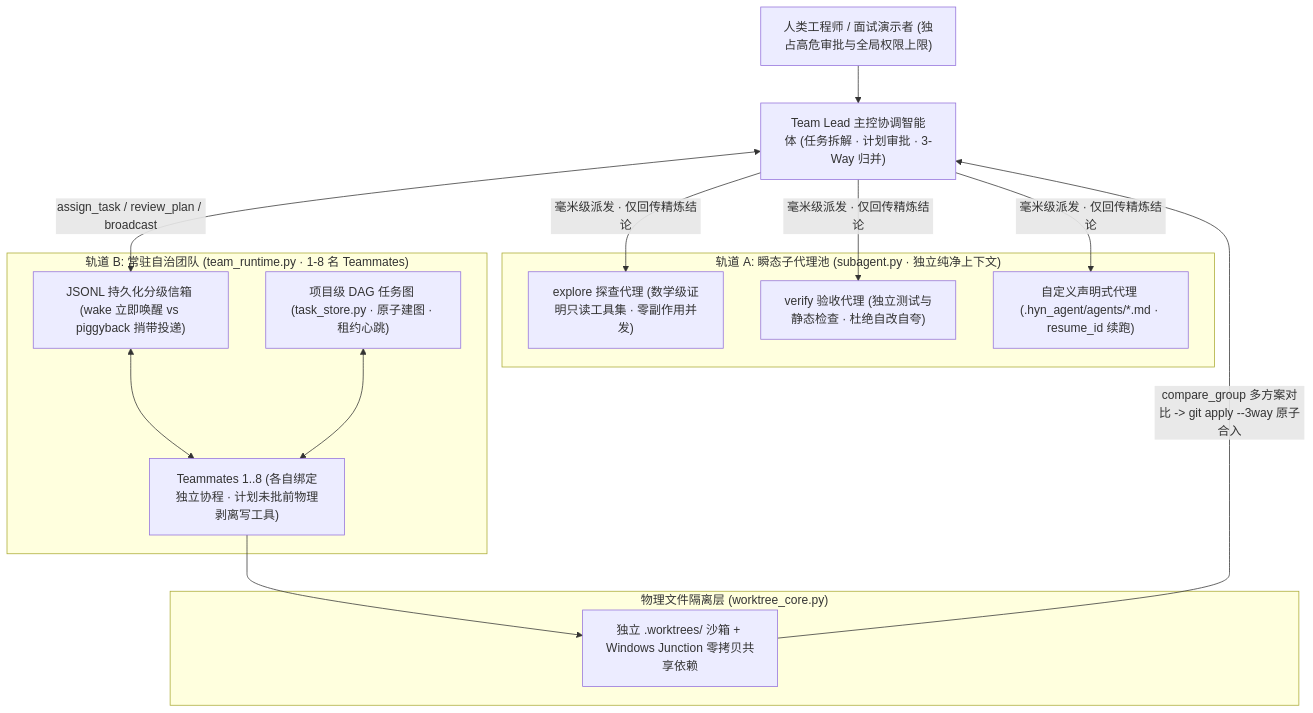
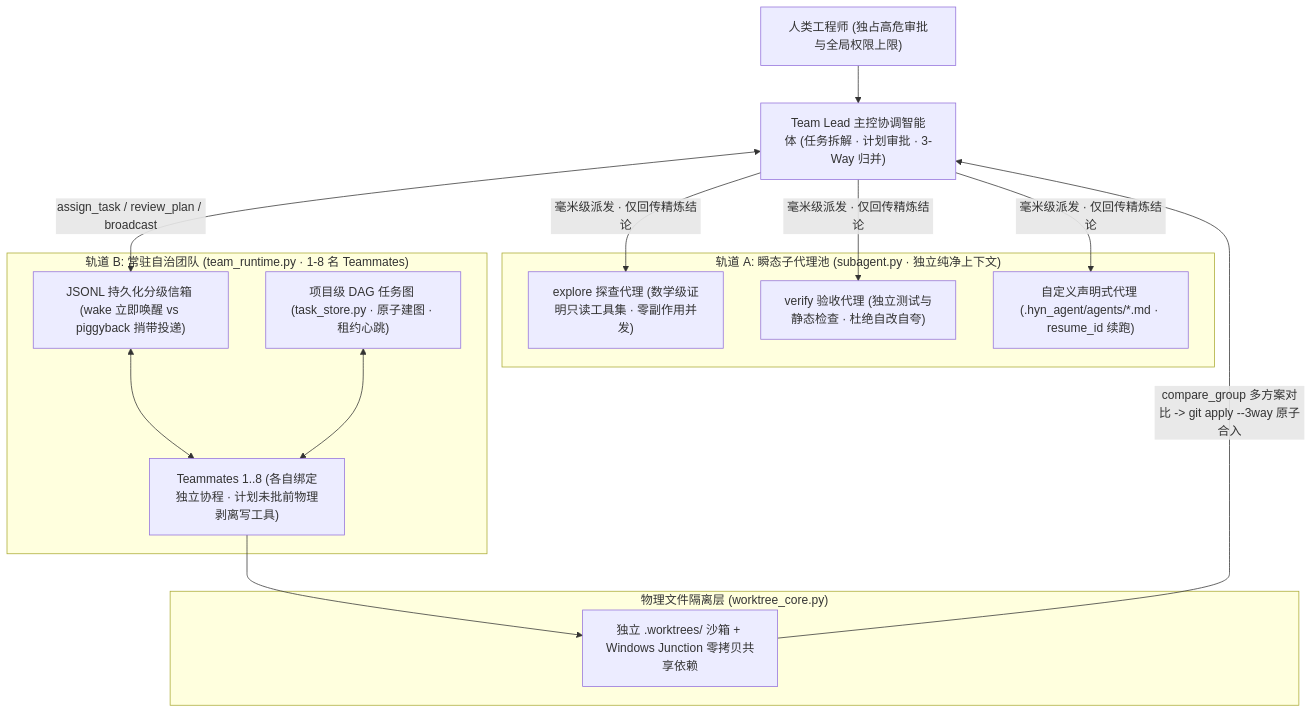
One commit to HelmAgent/Helm_website changed the first of 3 diagrams in docs/architecture/multi-agent-team.md. Above: the diagram before and after it, drawn with Mermaid. The commit also changed 7 other files, not shown here.

````diff
--- a/docs/architecture/multi-agent-team.md
+++ b/docs/architecture/multi-agent-team.md
@@ -18,27 +18,27 @@
 ```mermaid
 flowchart TD
-  User["人类工程师 / 面试演示者 (独占高危审批与全局权限上限)"] --> Lead["Team Lead 主控协调智能体 (任务拆解 · 计划审批 · 3-Way 归并)"]
+  User["人类工程师 (独占高危审批与全局权限上限)"] --> Lead["Team Lead 主控协调智能体 (任务拆解 · 计划审批 · 3-Way 归并)"]
 
   subgraph Ephemeral["轨道 A: 瞬态子代理池 (subagent.py · 独立纯净上下文)"]
     Explore["explore 探查代理 (数学级证明只读工具集 · 零副作用并发)"]
     Verify["verify 验收代理 (独立测试与静态检查 · 杜绝自改自夸)"]
     CustomSub["自定义声明式代理 (.hyn_agent/agents/*.md · resume_id 续跑)"]
   end
 
   subgraph Resident["轨道 B: 常驻自治团队 (team_runtime.py · 1-8 名 Teammates)"]
     Mailbox["JSONL 持久化分级信箱 (wake 立即唤醒 vs piggyback 捎带投递)"]
     TaskDAG["项目级 DAG 任务图 (task_store.py · 原子建图 · 租约心跳)"]
     Mates["Teammates 1..8 (各自绑定独立协程 · 计划未批前物理剥离写工具)"]
     Mailbox <--> Mates
     TaskDAG <--> Mates
   end
 
   subgraph Isolation["物理文件隔离层 (worktree_core.py)"]
     WT["独立 .worktrees/<name> 沙箱 + Windows Junction 零拷贝共享依赖"]
   end
 
   Lead -->|"毫米级派发 · 仅回传精炼结论"| Explore & Verify & CustomSub
   Lead <-->|"assign_task / review_plan / broadcast"| Mailbox
   Mates --> WT
   WT -->|"compare_group 多方案对比 -> git apply --3way 原子合入"| Lead
 ```
````
